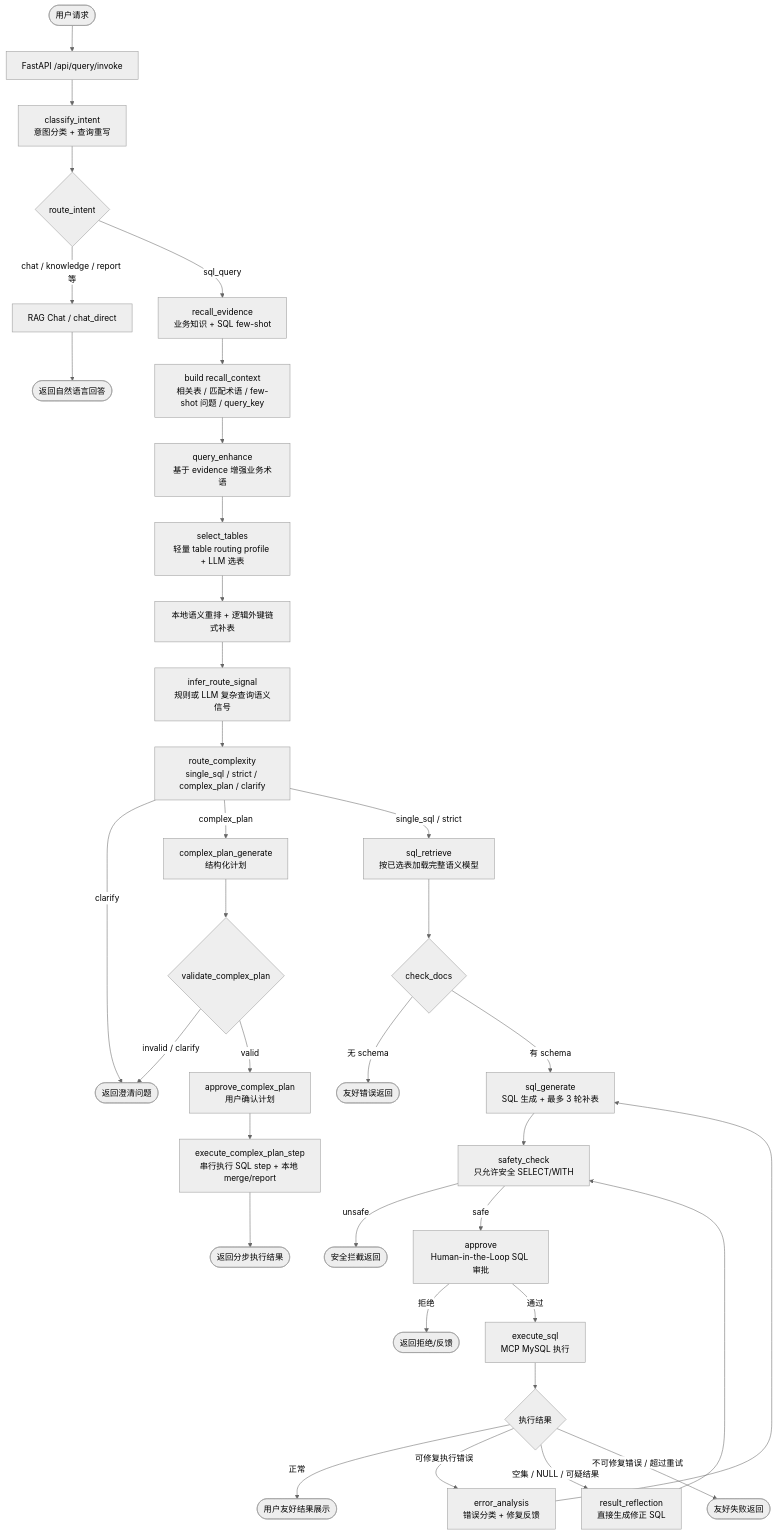
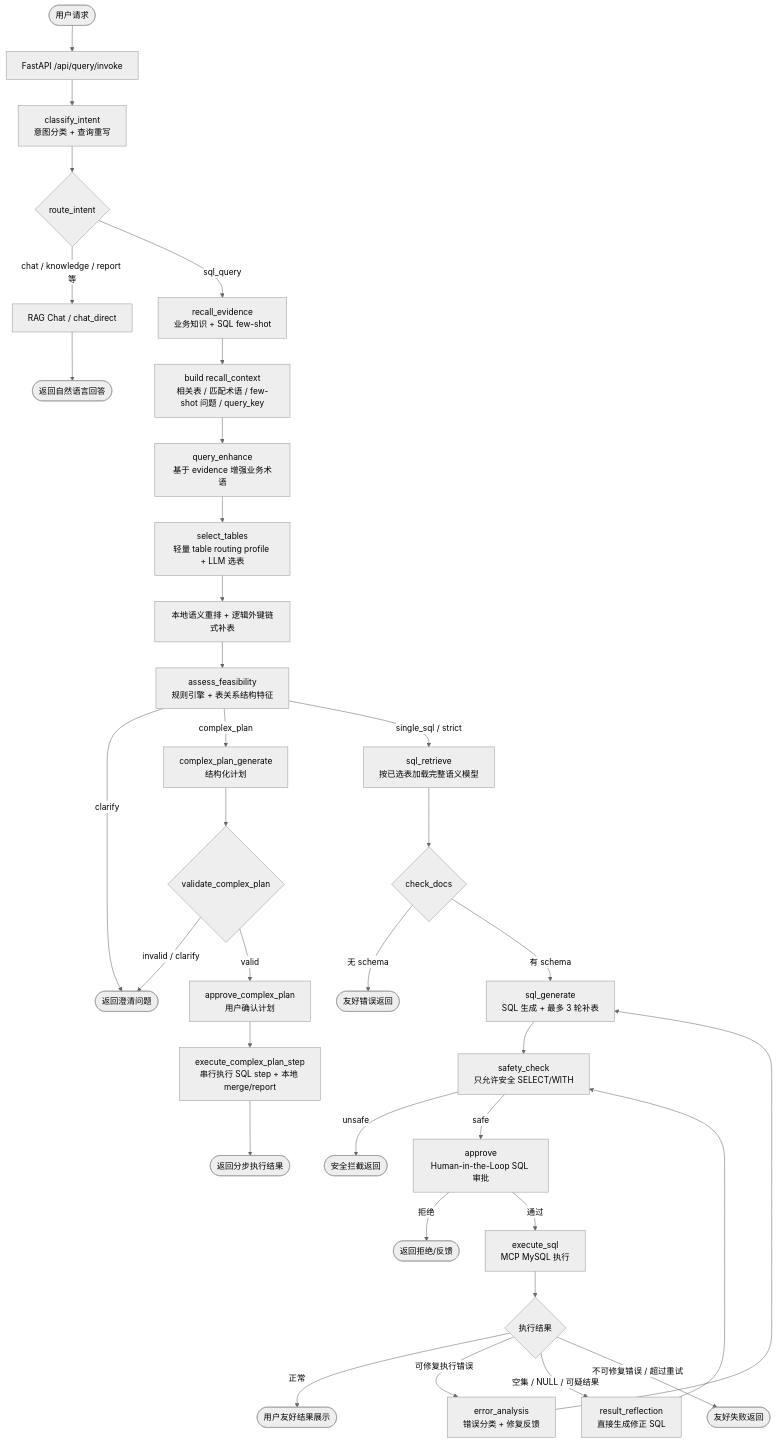
The first of 2 diagrams in README.md (liangyuzhe/agent-platform-py), drawn with Mermaid (neutral theme) before and after one commit. The commit also changed other lines of this file and 20 other files, not shown here.

Commit message:
feat: add complex plan routing and demos

````diff
--- a/README.md
+++ b/README.md
@@ -71,43 +71,42 @@
 ```mermaid
 flowchart TD
     Start([用户请求]) --> API[FastAPI /api/query/invoke]
     API --> Classify[classify_intent<br/>意图分类 + 查询重写]
     Classify --> Route{route_intent}
 
     Route -->|chat / knowledge / report 等| RagChat[RAG Chat / chat_direct]
     RagChat --> ChatEnd([返回自然语言回答])
 
     Route -->|sql_query| Recall[recall_evidence<br/>业务知识 + SQL few-shot]
     Recall --> RecallCtx[build recall_context<br/>相关表 / 匹配术语 / few-shot 问题 / query_key]
     RecallCtx --> Enhance[query_enhance<br/>基于 evidence 增强业务术语]
     Enhance --> Select[select_tables<br/>轻量 table routing profile + LLM 选表]
     Select --> Rerank[本地语义重排 + 逻辑外键链式补表]
-    Rerank --> Signal[infer_route_signal<br/>规则或 LLM 复杂查询语义信号]
-    Signal --> Complexity[route_complexity<br/>single_sql / strict / complex_plan / clarify]
+    Rerank --> Feasible[assess_feasibility<br/>规则引擎 + 表关系结构特征]
 
-    Complexity -->|clarify| Clarify([返回澄清问题])
-    Complexity -->|complex_plan| PlanGen[complex_plan_generate<br/>结构化计划]
+    Feasible -->|clarify| Clarify([返回澄清问题])
+    Feasible -->|complex_plan| PlanGen[complex_plan_generate<br/>结构化计划]
     PlanGen --> PlanCheck{validate_complex_plan}
     PlanCheck -->|invalid / clarify| Clarify
     PlanCheck -->|valid| PlanApprove[approve_complex_plan<br/>用户确认计划]
     PlanApprove --> PlanExec[execute_complex_plan_step<br/>串行执行 SQL step + 本地 merge/report]
     PlanExec --> PlanEnd([返回分步执行结果])
 
-    Complexity -->|single_sql / strict| Retrieve[sql_retrieve<br/>按已选表加载完整语义模型]
+    Feasible -->|single_sql / strict| Retrieve[sql_retrieve<br/>按已选表加载完整语义模型]
     Retrieve --> CheckDocs{check_docs}
     CheckDocs -->|无 schema| NoSchema([友好错误返回])
     CheckDocs -->|有 schema| Generate[sql_generate<br/>SQL 生成 + 最多 3 轮补表]
     Generate --> Safety[safety_check<br/>只允许安全 SELECT/WITH]
     Safety -->|unsafe| Unsafe([安全拦截返回])
     Safety -->|safe| Approve[approve<br/>Human-in-the-Loop SQL 审批]
     Approve -->|拒绝| Rejected([返回拒绝/反馈])
     Approve -->|通过| Execute[execute_sql<br/>MCP MySQL 执行]
 
     Execute --> ExecRoute{执行结果}
     ExecRoute -->|正常| Done([用户友好结果展示])
     ExecRoute -->|可修复执行错误| ErrorAnalysis[error_analysis<br/>错误分类 + 修复反馈]
     ErrorAnalysis --> Generate
     ExecRoute -->|空集 / NULL / 可疑结果| Reflection[result_reflection<br/>直接生成修正 SQL]
     Reflection --> Safety
     ExecRoute -->|不可修复错误 / 超过重试| Failed([友好失败返回])
 ```
````
